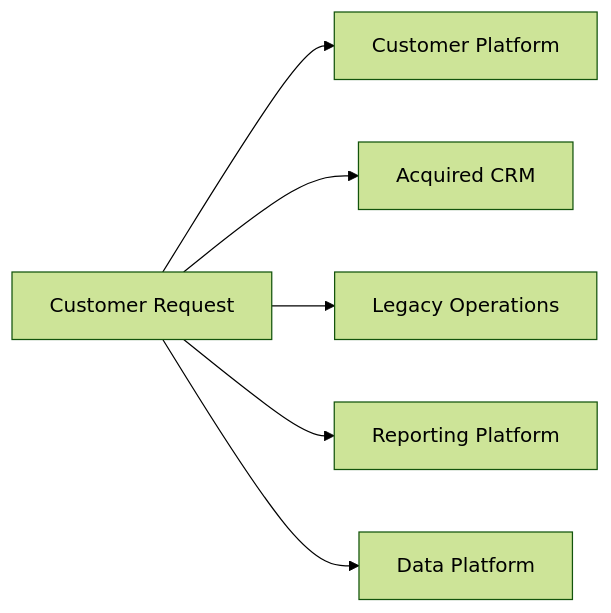
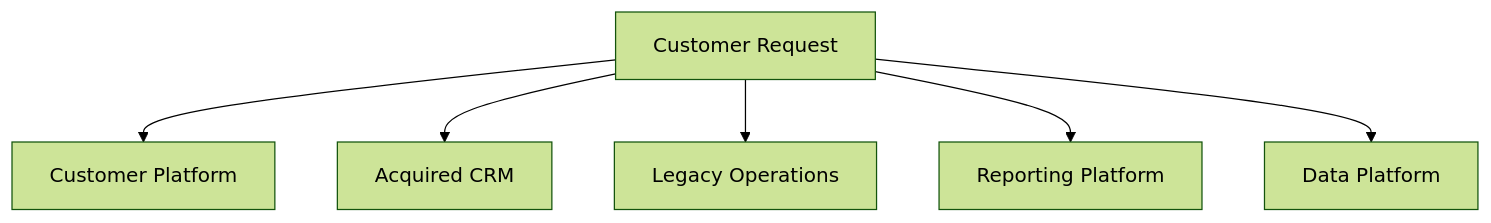
One commit to avfranco-br/portfolio changed the third of 22 diagrams in docs/sop/methods/architecture-assessment-roadmap-report.v2.md. Above: the diagram before and after it, drawn with Mermaid (forest theme). The commit also changed other lines of this file and 10 other files, not shown here.

Commit message:
Refactor Mermaid diagrams across SOP and methods documentation for legibility

````diff
--- a/docs/sop/methods/architecture-assessment-roadmap-report.v2.md
+++ b/docs/sop/methods/architecture-assessment-roadmap-report.v2.md
@@ -301,14 +305,14 @@
 ```mermaid
-flowchart LR
+flowchart TD
     Request["Customer Request"]
     Customer["Customer Platform"]
     CRM["Acquired CRM"]
     Operations["Legacy Operations"]
     Reporting["Reporting Platform"]
     Data["Data Platform"]
     Request --> Customer
     Request --> CRM
     Request --> Operations
     Request --> Reporting
     Request --> Data
 ```
````
